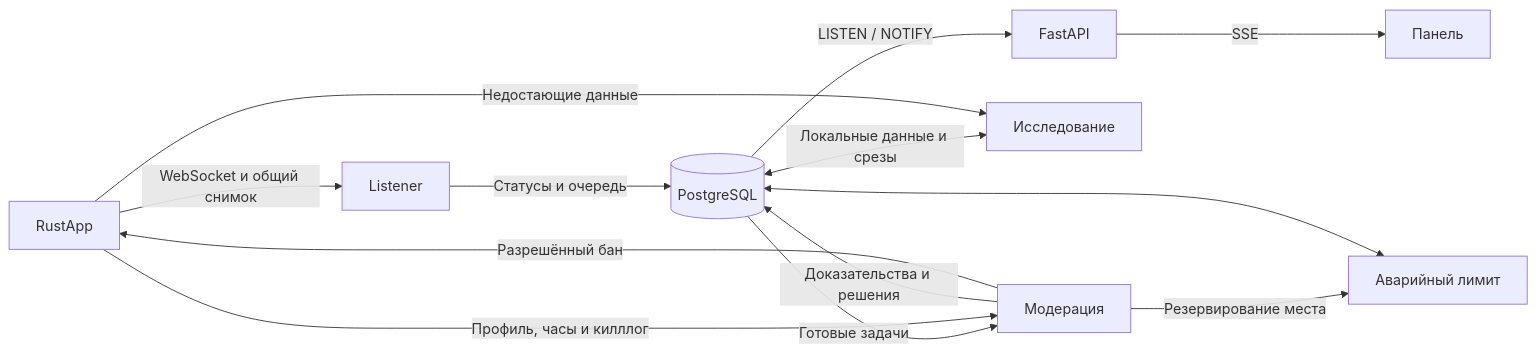
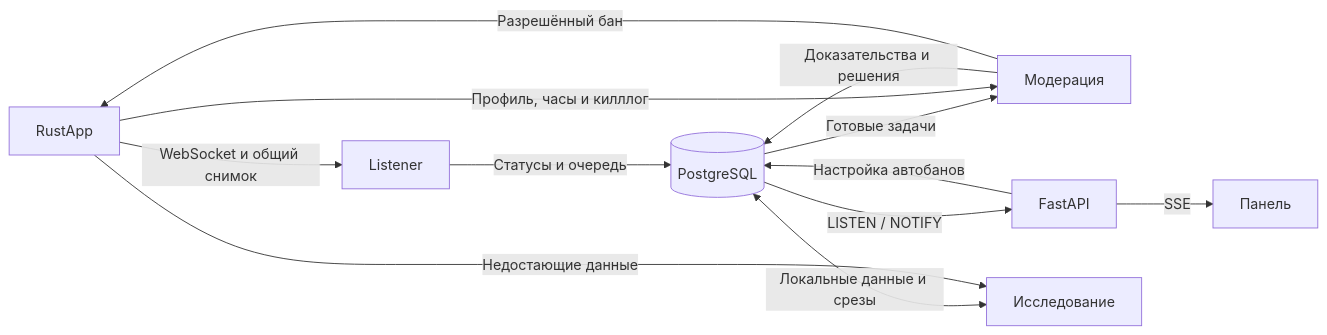
The diagram in README.md (ivwelln/rustapp-addon), drawn with Mermaid before and after one commit. The commit also changed other lines of this file and 23 other files, not shown here.

````diff
--- a/README.md
+++ b/README.md
@@ -68,15 +63,14 @@
 ```mermaid
 flowchart LR
     RA["RustApp"] -->|WebSocket и общий снимок| L["Listener"]
     L -->|Статусы и очередь| DB[("PostgreSQL")]
     DB -->|Готовые задачи| M["Модерация"]
     RA -->|Профиль, часы и килллог| M
     M -->|Доказательства и решения| DB
-    M -->|Резервирование места| G["Аварийный лимит"]
-    G <--> DB
+    API -->|Настройка автобанов| DB
     M -->|Разрешённый бан| RA
     DB <-->|Локальные данные и срезы| R["Исследование"]
     RA -->|Недостающие данные| R
     DB -->|LISTEN / NOTIFY| API["FastAPI"]
     API -->|SSE| UI["Панель"]
 ```
````
